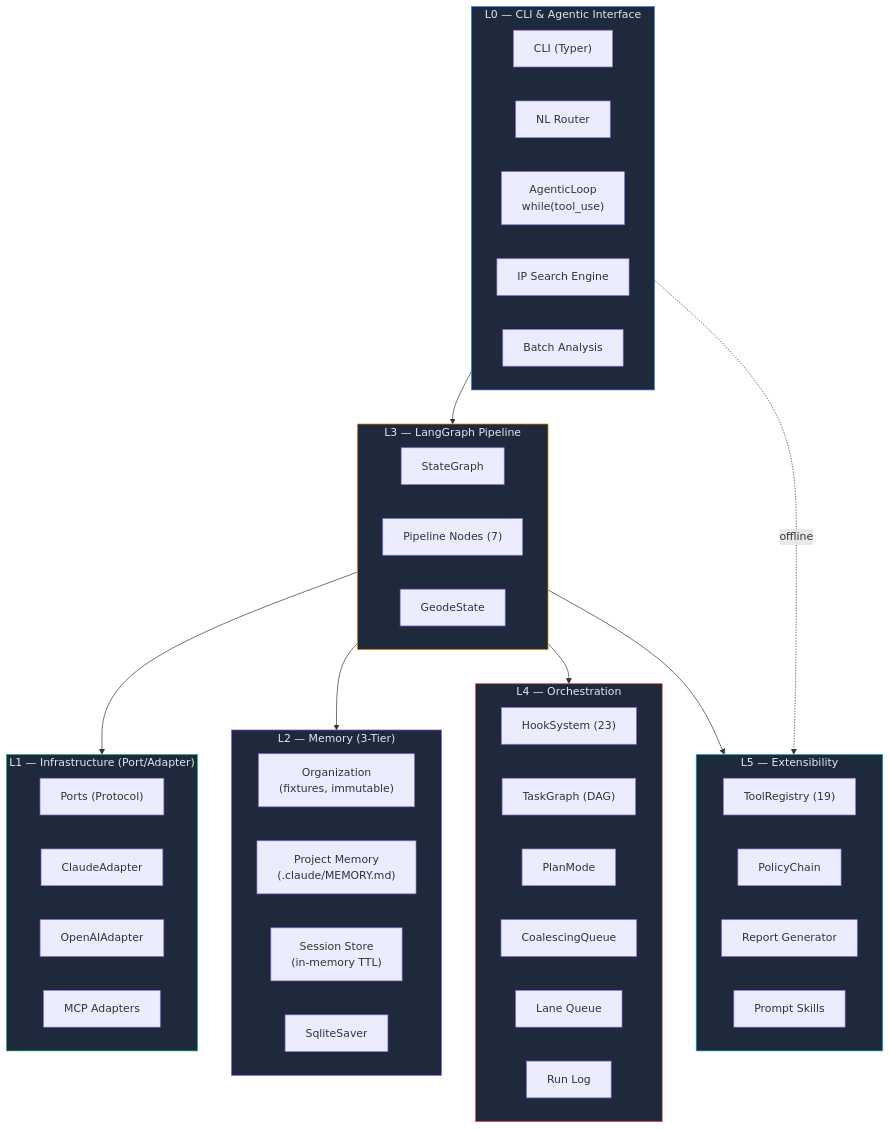
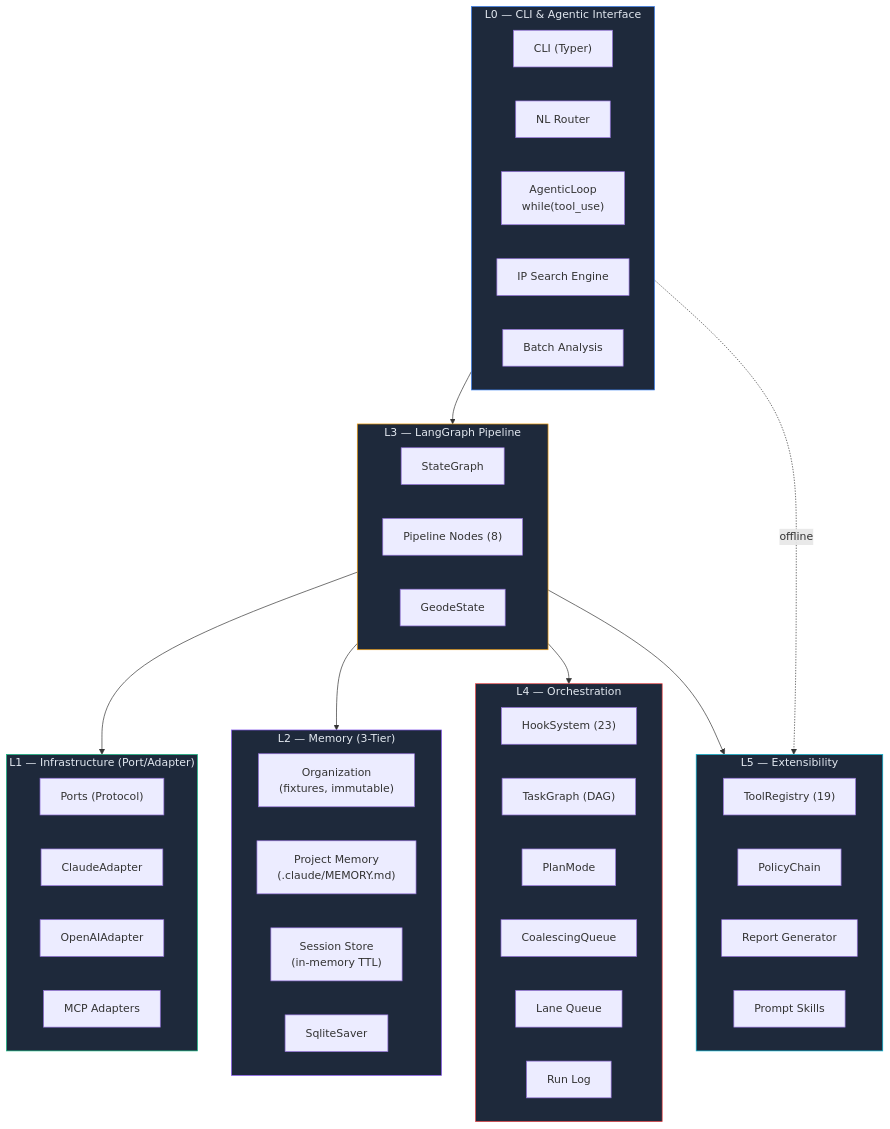
The first of 12 diagrams in README.md (mangowhoiscloud/geode), drawn with Mermaid before and after one commit. The commit also changed other lines of this file, not shown here.

First line of the commit message:
docs: fix mermaid accuracy + add 8 missing feature sections

````diff
--- a/README.md
+++ b/README.md
@@ -40,61 +40,61 @@
 ```mermaid
 graph TB
     subgraph L0["L0 — CLI & Agentic Interface"]
         CLI["CLI (Typer)"]
         NLR["NL Router"]
         AL["AgenticLoop<br/>while(tool_use)"]
         Search["IP Search Engine"]
         Batch["Batch Analysis"]
     end
 
     subgraph L1["L1 — Infrastructure (Port/Adapter)"]
         direction LR
         Ports["Ports (Protocol)"]
         Claude["ClaudeAdapter"]
         OpenAI["OpenAIAdapter"]
         MCP["MCP Adapters"]
     end
 
     subgraph L2["L2 — Memory (3-Tier)"]
         Org["Organization<br/>(fixtures, immutable)"]
         Project["Project Memory<br/>(.claude/MEMORY.md)"]
         Session["Session Store<br/>(in-memory TTL)"]
         Checkpoint["SqliteSaver"]
     end
 
     subgraph L3["L3 — LangGraph Pipeline"]
         Graph["StateGraph"]
-        Nodes["Pipeline Nodes (7)"]
+        Nodes["Pipeline Nodes (8)"]
         State["GeodeState"]
     end
 
     subgraph L4["L4 — Orchestration"]
         Hooks["HookSystem (23)"]
         Tasks["TaskGraph (DAG)"]
         Plan["PlanMode"]
         Coal["CoalescingQueue"]
         Lanes["Lane Queue"]
         RunLog["Run Log"]
     end
 
     subgraph L5["L5 — Extensibility"]
         Tools["ToolRegistry (19)"]
         Policy["PolicyChain"]
         Reports["Report Generator"]
         Templates["Prompt Skills"]
     end
 
     L0 --> L3
     L3 --> L1
     L3 --> L2
     L3 --> L4
     L3 --> L5
     L0 -.->|"offline"| L5
 
     style L0 fill:#1e293b,stroke:#3b82f6,color:#e2e8f0
     style L1 fill:#1e293b,stroke:#10b981,color:#e2e8f0
     style L2 fill:#1e293b,stroke:#8b5cf6,color:#e2e8f0
     style L3 fill:#1e293b,stroke:#f59e0b,color:#e2e8f0
     style L4 fill:#1e293b,stroke:#ef4444,color:#e2e8f0
     style L5 fill:#1e293b,stroke:#06b6d4,color:#e2e8f0
 ```
````
